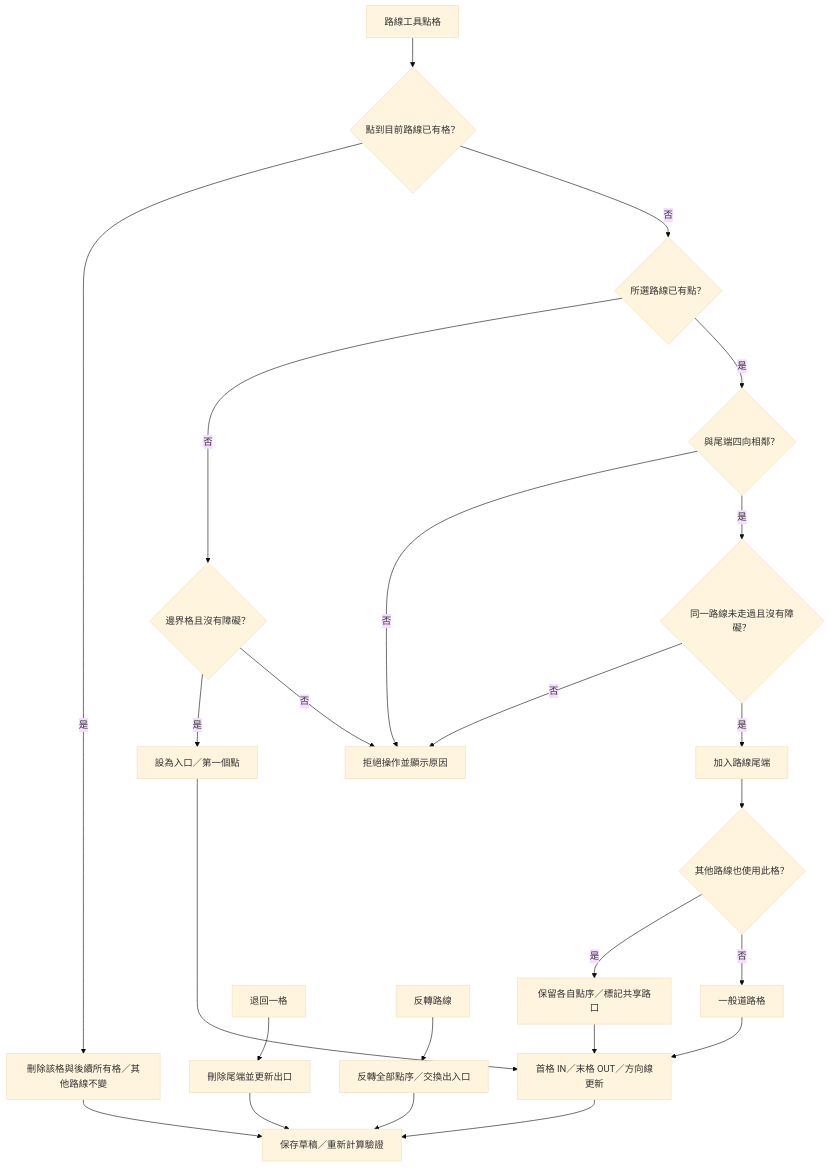
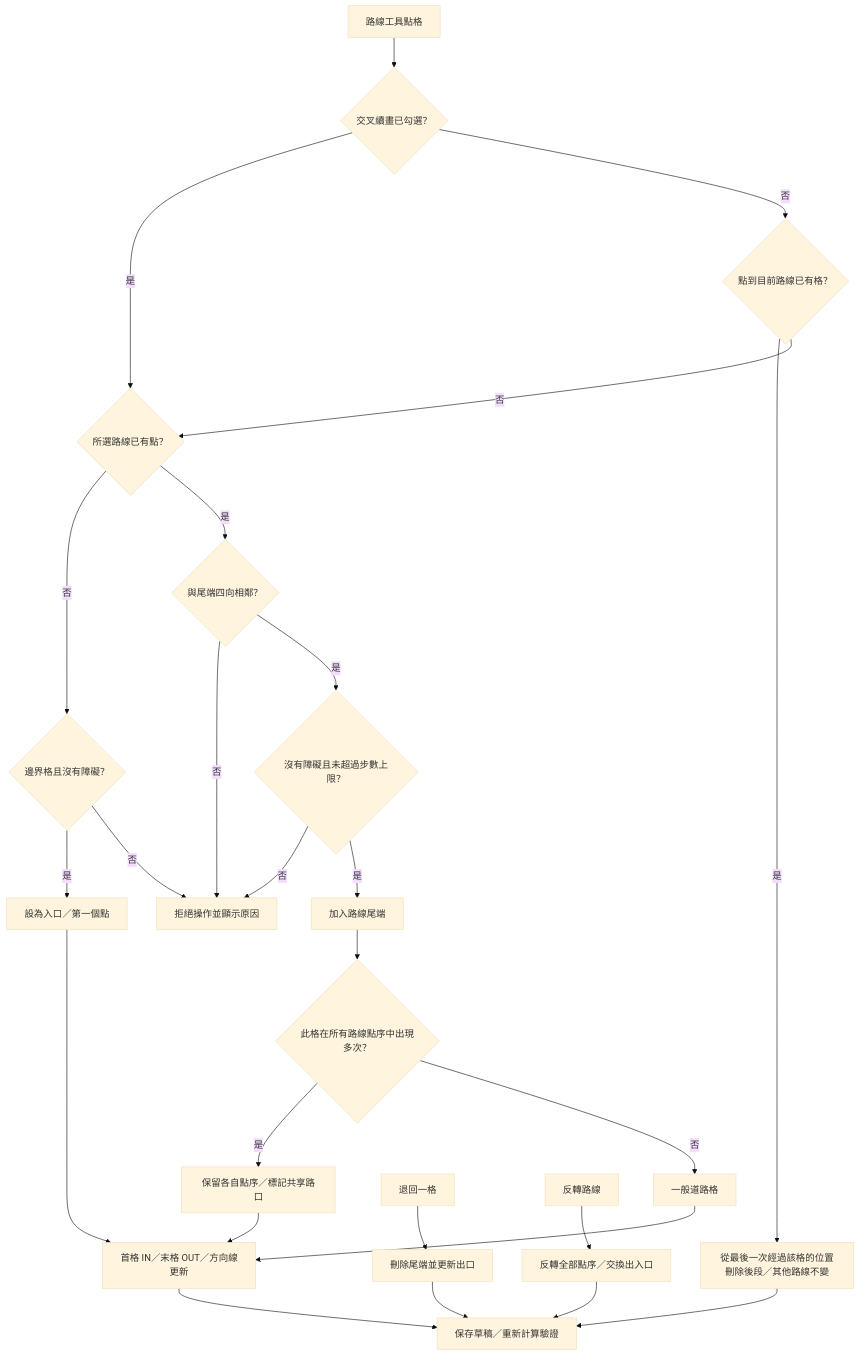
The third of 9 diagrams in docs/SPEC.md (weimowang/tdmapcreate), drawn with Mermaid (base theme) before and after one commit. The commit also changed other lines of this file and 5 other files, not shown here.

````diff
--- a/docs/SPEC.md
+++ b/docs/SPEC.md
@@ -121,24 +121,26 @@
 ```mermaid
 flowchart TD
-  A[路線工具點格] --> X{點到目前路線已有格？}
-  X -->|是| Y[刪除該格與後續所有格／其他路線不變]
+  A[路線工具點格] --> W{交叉續畫已勾選？}
+  W -->|是| B
+  W -->|否| X{點到目前路線已有格？}
+  X -->|是| Y[從最後一次經過該格的位置刪除後段／其他路線不變]
   Y --> M
   X -->|否| B{所選路線已有點？}
   B -->|否| C{邊界格且沒有障礙？}
   C -->|是| D[設為入口／第一個點]
   C -->|否| E[拒絕操作並顯示原因]
   B -->|是| F{與尾端四向相鄰？}
   F -->|否| E
-  F -->|是| G{同一路線未走過且沒有障礙？}
+  F -->|是| G{沒有障礙且未超過步數上限？}
   G -->|否| E
   G -->|是| H[加入路線尾端]
-  H --> I{其他路線也使用此格？}
+  H --> I{此格在所有路線點序中出現多次？}
   I -->|是| J[保留各自點序／標記共享路口]
   I -->|否| K[一般道路格]
   J --> L[首格 IN／末格 OUT／方向線更新]
   K --> L
   D --> L
   L --> M[保存草稿／重新計算驗證]
   N[退回一格] --> O[刪除尾端並更新出口] --> M
   P[反轉路線] --> Q[反轉全部點序／交換出入口] --> M
 ```
````
